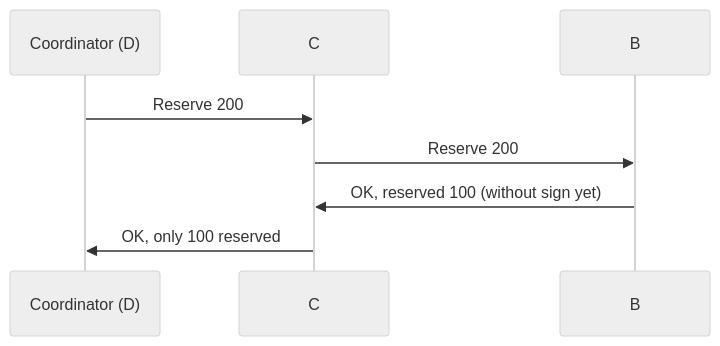
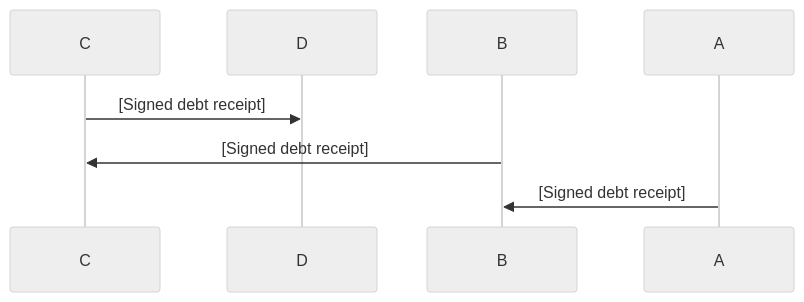
Before and after one commit to GEO-Protocol/specs-protocol: the sixth of 10 diagrams in transactions/transactions.md, drawn with Mermaid (neutral theme). The commit also changed other lines of this file, not shown here.

````diff
--- a/transactions/transactions.md
+++ b/transactions/transactions.md
@@ -330,7 +364,6 @@
 ```mermaid
 sequenceDiagram
-    Coordinator (D)->>C: Reserve 200
-    C->>B: Reserve 200
-    B->>C: OK, reserved 100 (without sign yet)
-    C->>Coordinator (D): OK, only 100 reserved
+    C->>D: [Signed debt receipt]
+    B->>C: [Signed debt receipt]
+    A->>B: [Signed debt receipt]
 ```
````
